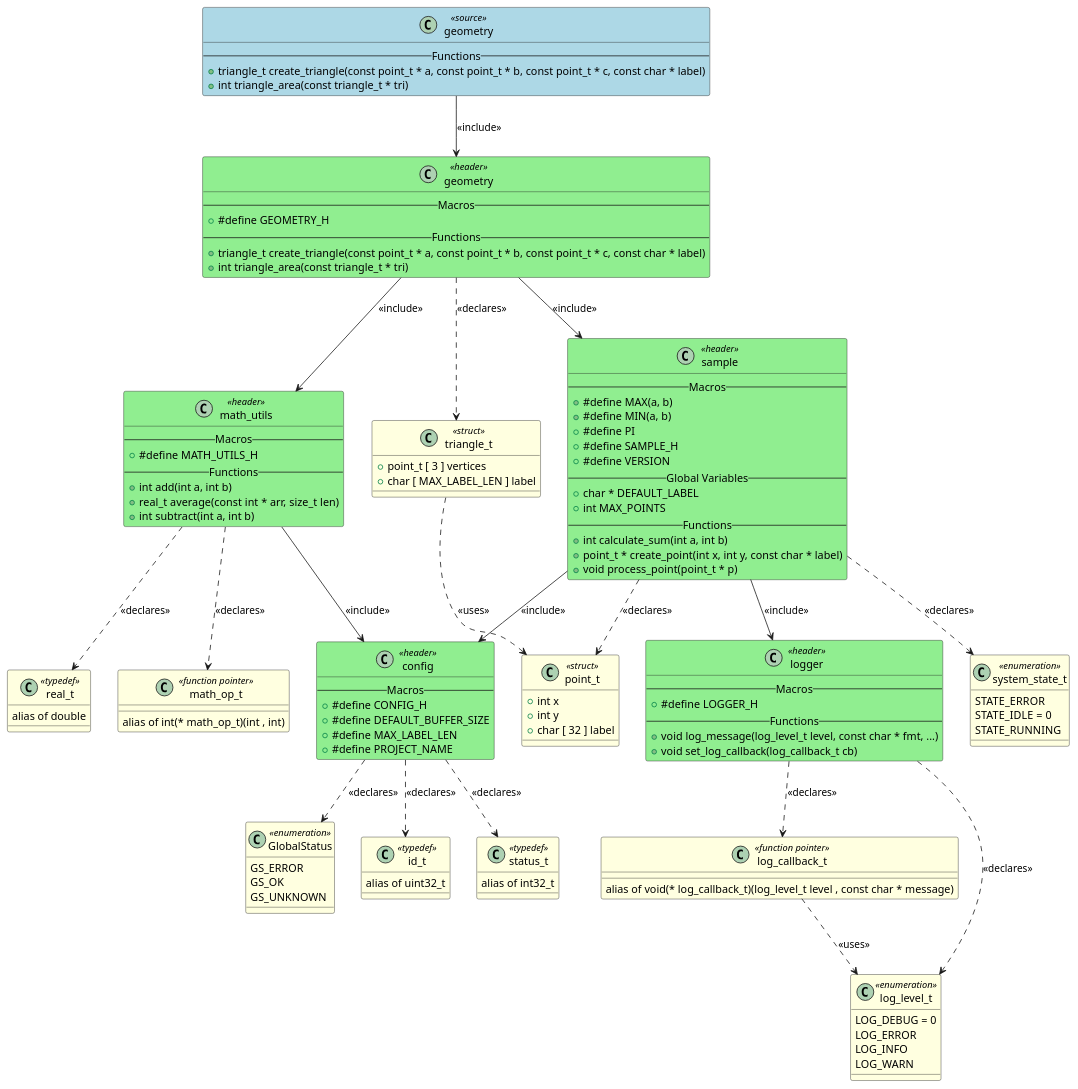
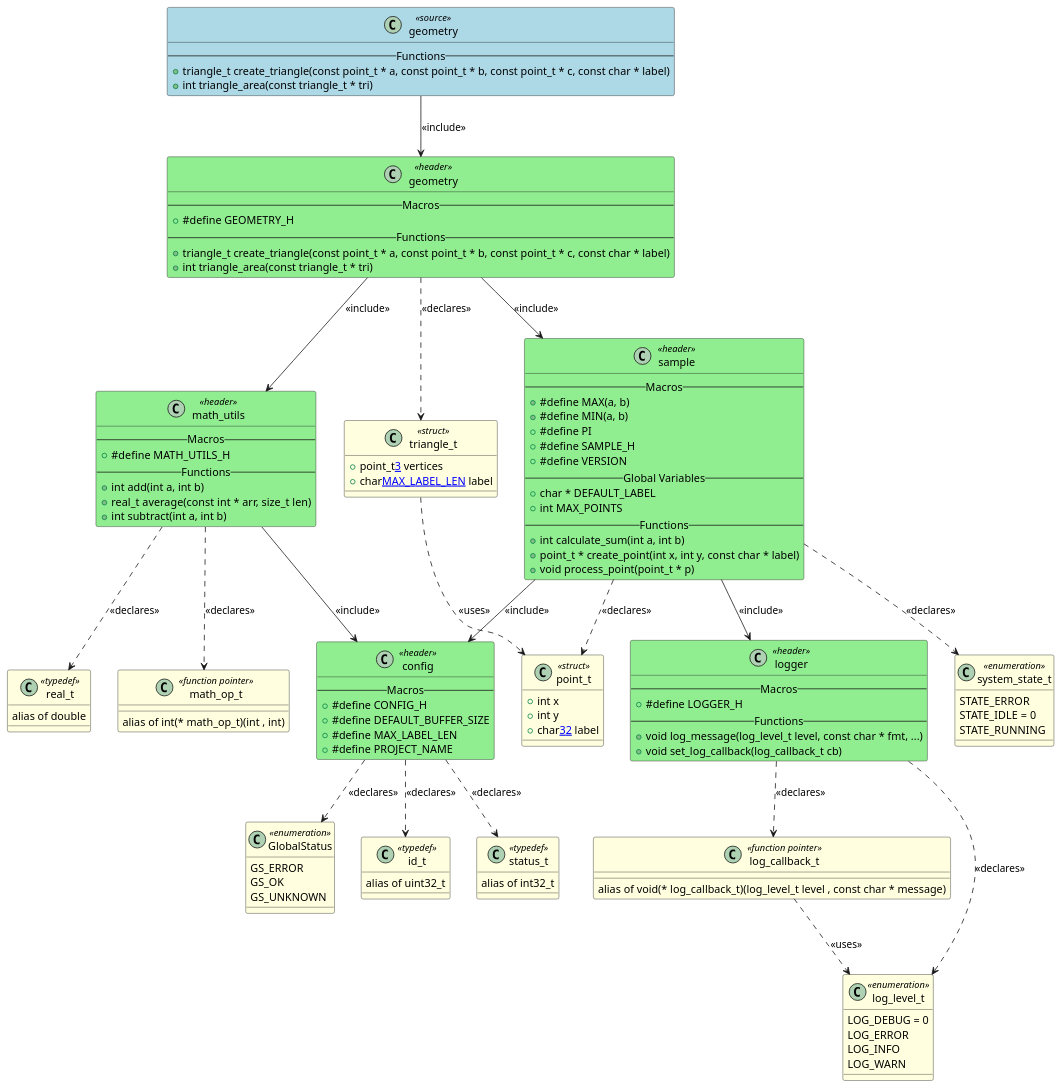
The diagram in artifacts/output_example/geometry.puml (fischerjooo/c2puml), drawn with PlantUML before and after one commit. The commit also changed 12 other files, not shown here.

First line of the commit message:
Fix array field spacing in PlantUML output

```diff
--- a/artifacts/output_example/geometry.puml
+++ b/artifacts/output_example/geometry.puml
@@ -1,149 +1,149 @@
 @startuml geometry
 
 class "geometry" as GEOMETRY <<source>> #LightBlue
 {
     -- Functions --
     + triangle_t create_triangle(const point_t * a, const point_t * b, const point_t * c, const char * label)
     + int triangle_area(const triangle_t * tri)
 }
 
 class "config" as HEADER_CONFIG <<header>> #LightGreen
 {
     -- Macros --
     + #define CONFIG_H
     + #define DEFAULT_BUFFER_SIZE
     + #define MAX_LABEL_LEN
     + #define PROJECT_NAME
 }
 
 class "geometry" as HEADER_GEOMETRY <<header>> #LightGreen
 {
     -- Macros --
     + #define GEOMETRY_H
     -- Functions --
     + triangle_t create_triangle(const point_t * a, const point_t * b, const point_t * c, const char * label)
     + int triangle_area(const triangle_t * tri)
 }
 
 class "logger" as HEADER_LOGGER <<header>> #LightGreen
 {
     -- Macros --
     + #define LOGGER_H
     -- Functions --
     + void log_message(log_level_t level, const char * fmt, ...)
     + void set_log_callback(log_callback_t cb)
 }
 
 class "math_utils" as HEADER_MATH_UTILS <<header>> #LightGreen
 {
     -- Macros --
     + #define MATH_UTILS_H
     -- Functions --
     + int add(int a, int b)
     + real_t average(const int * arr, size_t len)
     + int subtract(int a, int b)
 }
 
 class "sample" as HEADER_SAMPLE <<header>> #LightGreen
 {
     -- Macros --
     + #define MAX(a, b)
     + #define MIN(a, b)
     + #define PI
     + #define SAMPLE_H
     + #define VERSION
     -- Global Variables --
     + char * DEFAULT_LABEL
     + int MAX_POINTS
     -- Functions --
     + int calculate_sum(int a, int b)
     + point_t * create_point(int x, int y, const char * label)
     + void process_point(point_t * p)
 }
 
 class "GlobalStatus" as TYPEDEF_GLOBALSTATUS <<enumeration>> #LightYellow
 {
     GS_ERROR
     GS_OK
     GS_UNKNOWN
 }
 
 class "id_t" as TYPEDEF_ID_T <<typedef>> #LightYellow
 {
     alias of uint32_t
 }
 
 class "status_t" as TYPEDEF_STATUS_T <<typedef>> #LightYellow
 {
     alias of int32_t
 }
 
 class "triangle_t" as TYPEDEF_TRIANGLE_T <<struct>> #LightYellow
 {
-    + point_t [ 3 ] vertices
-    + char [ MAX_LABEL_LEN ] label
+    + point_t[[3]] vertices
+    + char[[MAX_LABEL_LEN]] label
 }
 
 class "log_level_t" as TYPEDEF_LOG_LEVEL_T <<enumeration>> #LightYellow
 {
     LOG_DEBUG = 0
     LOG_ERROR
     LOG_INFO
     LOG_WARN
 }
 
 class "log_callback_t" as TYPEDEF_LOG_CALLBACK_T <<function pointer>> #LightYellow
 {
     alias of void(* log_callback_t)(log_level_t level , const char * message)
 }
 
 class "math_op_t" as TYPEDEF_MATH_OP_T <<function pointer>> #LightYellow
 {
     alias of int(* math_op_t)(int , int)
 }
 
 class "real_t" as TYPEDEF_REAL_T <<typedef>> #LightYellow
 {
     alias of double
 }
 
 class "point_t" as TYPEDEF_POINT_T <<struct>> #LightYellow
 {
     + int x
     + int y
-    + char [ 32 ] label
+    + char[[32]] label
 }
 
 class "system_state_t" as TYPEDEF_SYSTEM_STATE_T <<enumeration>> #LightYellow
 {
     STATE_ERROR
     STATE_IDLE = 0
     STATE_RUNNING
 }
 
 
 ' Include relationships
 GEOMETRY --> HEADER_GEOMETRY : <<include>>
 HEADER_GEOMETRY --> HEADER_MATH_UTILS : <<include>>
 HEADER_GEOMETRY --> HEADER_SAMPLE : <<include>>
 HEADER_MATH_UTILS --> HEADER_CONFIG : <<include>>
 HEADER_SAMPLE --> HEADER_CONFIG : <<include>>
 HEADER_SAMPLE --> HEADER_LOGGER : <<include>>
 
 ' Declaration relationships
 HEADER_CONFIG ..> TYPEDEF_GLOBALSTATUS : <<declares>>
 HEADER_CONFIG ..> TYPEDEF_ID_T : <<declares>>
 HEADER_CONFIG ..> TYPEDEF_STATUS_T : <<declares>>
 HEADER_GEOMETRY ..> TYPEDEF_TRIANGLE_T : <<declares>>
 HEADER_LOGGER ..> TYPEDEF_LOG_LEVEL_T : <<declares>>
 HEADER_LOGGER ..> TYPEDEF_LOG_CALLBACK_T : <<declares>>
 HEADER_MATH_UTILS ..> TYPEDEF_MATH_OP_T : <<declares>>
 HEADER_MATH_UTILS ..> TYPEDEF_REAL_T : <<declares>>
 HEADER_SAMPLE ..> TYPEDEF_POINT_T : <<declares>>
 HEADER_SAMPLE ..> TYPEDEF_SYSTEM_STATE_T : <<declares>>
 
 ' Uses relationships
 TYPEDEF_TRIANGLE_T ..> TYPEDEF_POINT_T : <<uses>>
 TYPEDEF_LOG_CALLBACK_T ..> TYPEDEF_LOG_LEVEL_T : <<uses>>
 
 @enduml
```
